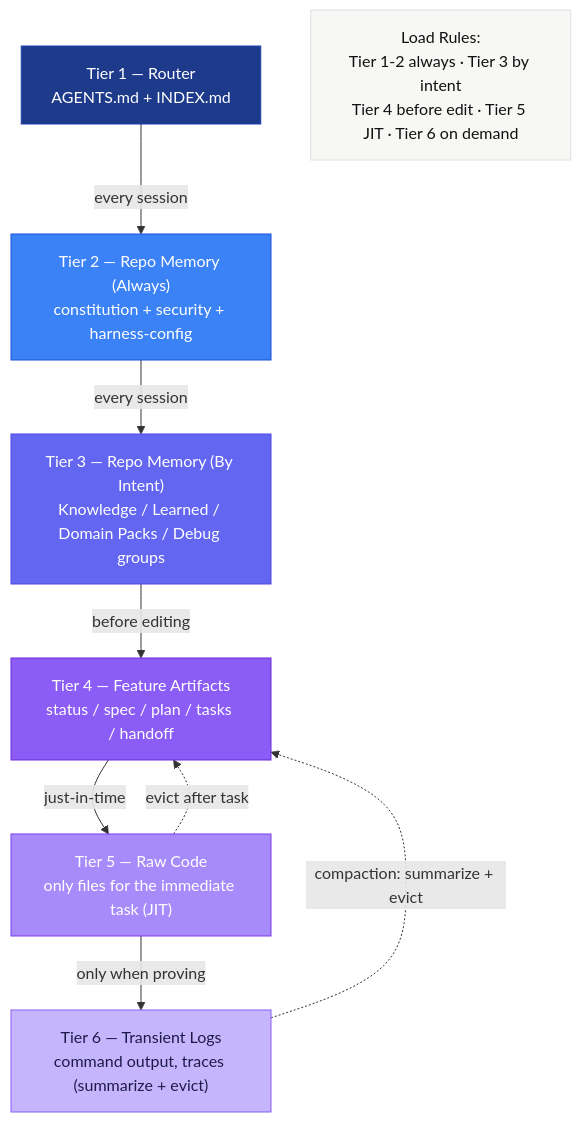
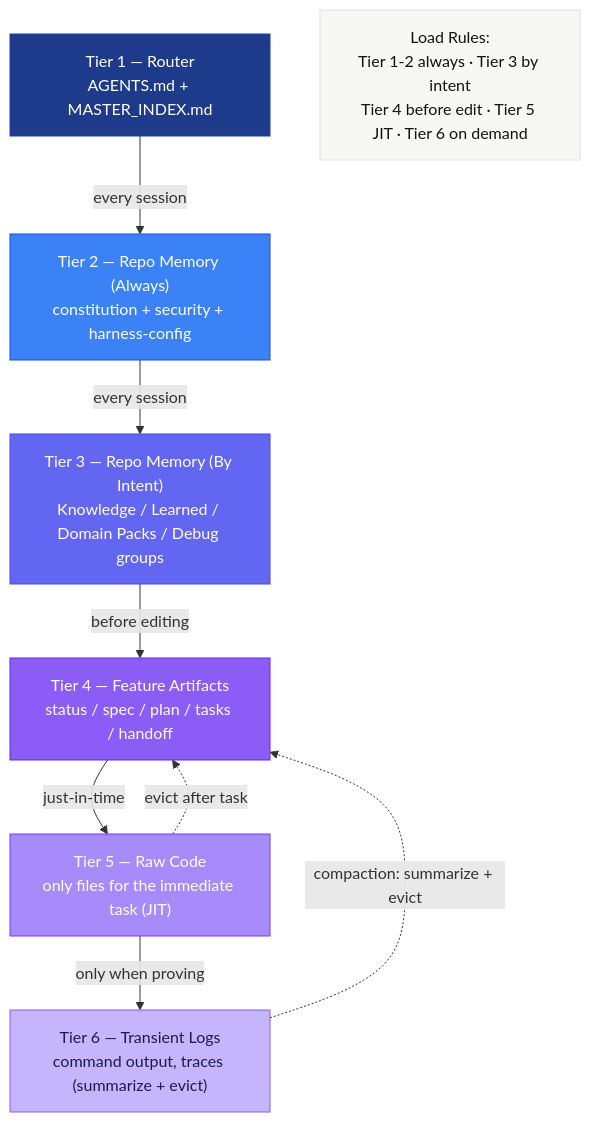
One commit to thaihai-swe/CoreZero-Nexus changed the second of 4 diagrams in documents/context-engineering.md. Above: the diagram before and after it, drawn with Mermaid. The commit also changed other lines of this file and 51 other files, not shown here.

````diff
--- a/documents/context-engineering.md
+++ b/documents/context-engineering.md
@@ -66,30 +66,30 @@
 ```mermaid
 flowchart TB
     %% 6-Tier Context Assembly — highest signal to lowest
 
-    T1["Tier 1 — Router<br/>AGENTS.md + INDEX.md"]:::t1
+    T1["Tier 1 — Router<br/>AGENTS.md + MASTER_INDEX.md"]:::t1
     T2["Tier 2 — Repo Memory (Always)<br/>constitution + security + harness-config"]:::t2
     T3["Tier 3 — Repo Memory (By Intent)<br/>Knowledge / Learned / Domain Packs / Debug groups"]:::t3
     T4["Tier 4 — Feature Artifacts<br/>status / spec / plan / tasks / handoff"]:::t4
     T5["Tier 5 — Raw Code<br/>only files for the immediate task (JIT)"]:::t5
     T6["Tier 6 — Transient Logs<br/>command output, traces (summarize + evict)"]:::t6
 
     T1 -->|every session| T2
     T2 -->|every session| T3
     T3 -->|before editing| T4
     T4 -->|just-in-time| T5
     T5 -->|only when proving| T6
 
     T6 -.->|compaction: summarize + evict| T4
     T5 -.->|evict after task| T4
 
     LOAD["Load Rules:<br/>Tier 1-2 always · Tier 3 by intent<br/>Tier 4 before edit · Tier 5 JIT · Tier 6 on demand"]:::note
 
     classDef t1 fill:#1e3a8a,stroke:#1e40af,color:#fff
     classDef t2 fill:#3b82f6,stroke:#1d4ed8,color:#fff
     classDef t3 fill:#6366f1,stroke:#4f46e5,color:#fff
     classDef t4 fill:#8b5cf6,stroke:#6d28d9,color:#fff
     classDef t5 fill:#a78bfa,stroke:#7c3aed,color:#fff
     classDef t6 fill:#c4b5fd,stroke:#8b5cf6,color:#1e1b4b
     classDef note fill:#f7f7f5,stroke:#e0e0e0,color:#111
 ```
````
